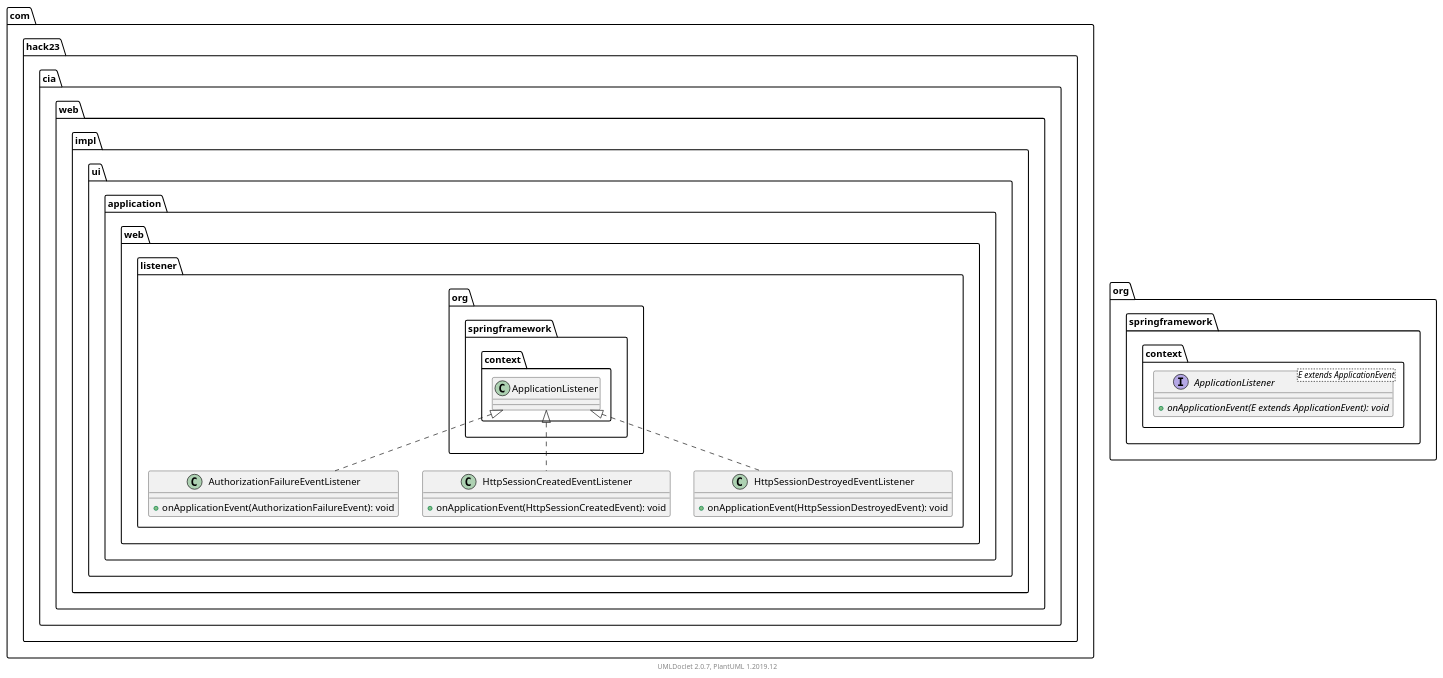
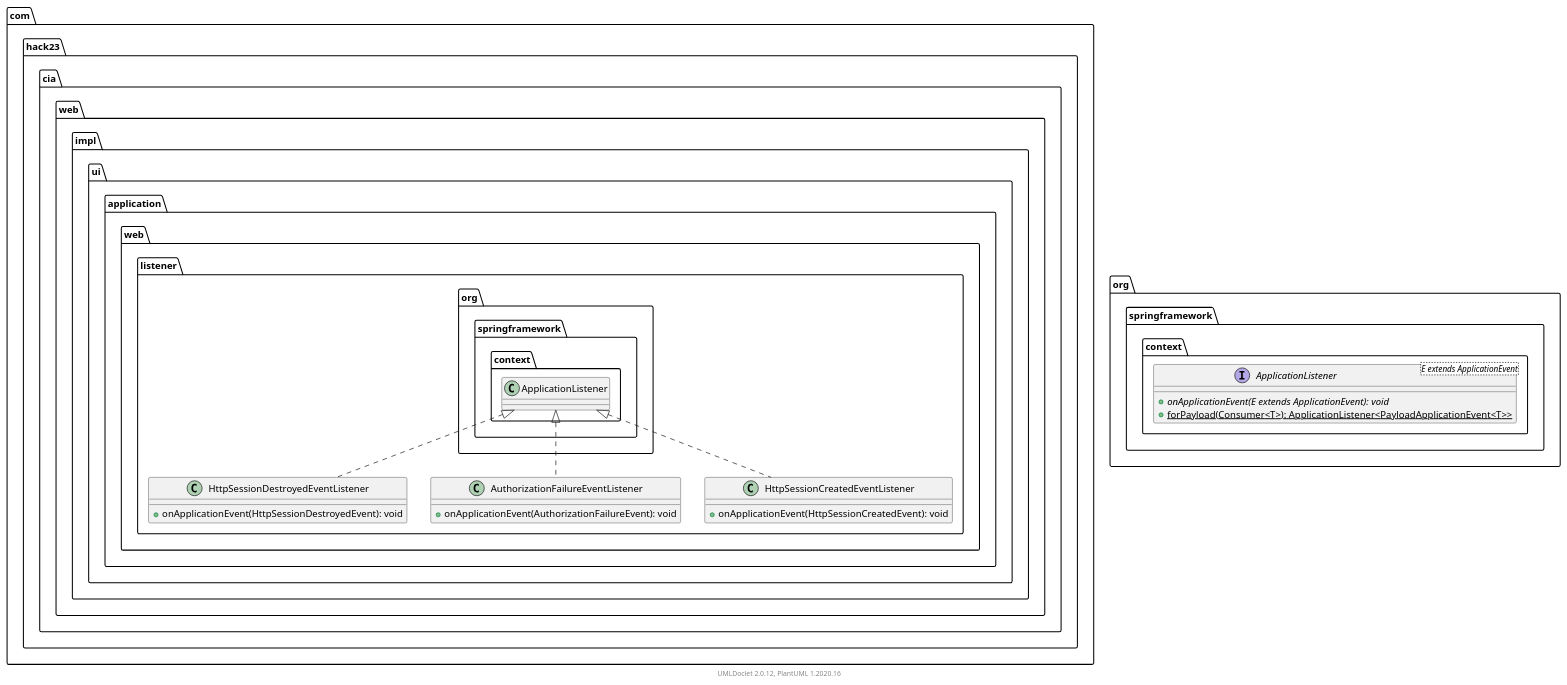
Before and after one commit to Hack23/cia: the diagram in testapidocs/com/hack23/cia/web/impl/ui/application/web/listener/package.puml, drawn with PlantUML. The commit also changed 4579 other files, not shown here.

```diff
--- a/testapidocs/com/hack23/cia/web/impl/ui/application/web/listener/package.puml
+++ b/testapidocs/com/hack23/cia/web/impl/ui/application/web/listener/package.puml
@@ -1,28 +1,29 @@
 @startuml
     namespace com.hack23.cia.web.impl.ui.application.web.listener {
+
+        class HttpSessionDestroyedEventListener [[HttpSessionDestroyedEventListener.html]] {
+            +onApplicationEvent(HttpSessionDestroyedEvent): void
+        }
 
         class AuthorizationFailureEventListener [[AuthorizationFailureEventListener.html]] {
             +onApplicationEvent(AuthorizationFailureEvent): void
         }
 
         class HttpSessionCreatedEventListener [[HttpSessionCreatedEventListener.html]] {
             +onApplicationEvent(HttpSessionCreatedEvent): void
         }
 
-        class HttpSessionDestroyedEventListener [[HttpSessionDestroyedEventListener.html]] {
-            +onApplicationEvent(HttpSessionDestroyedEvent): void
-        }
-
+        org.springframework.context.ApplicationListener <|.. HttpSessionDestroyedEventListener
         org.springframework.context.ApplicationListener <|.. AuthorizationFailureEventListener
         org.springframework.context.ApplicationListener <|.. HttpSessionCreatedEventListener
-        org.springframework.context.ApplicationListener <|.. HttpSessionDestroyedEventListener
     }
 
     namespace org.springframework.context {
         interface ApplicationListener<E extends ApplicationEvent> {
             {abstract} +onApplicationEvent(E extends ApplicationEvent): void
+            {static} +forPayload(Consumer<T>): ApplicationListener<PayloadApplicationEvent<T>>
         }
     }
 
-    center footer UMLDoclet 2.0.7, PlantUML 1.2019.12
+    center footer UMLDoclet 2.0.12, PlantUML 1.2020.16
 @enduml
```
